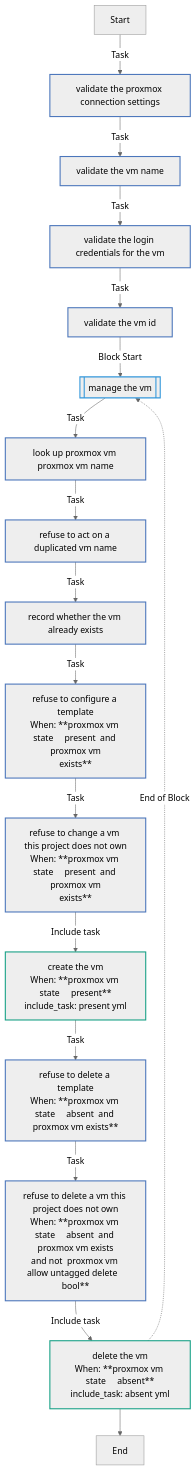
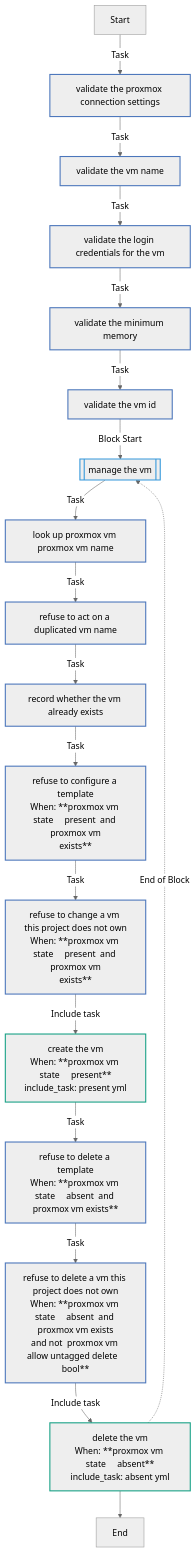
Before and after one commit to kawadeomkar/claude-on-proxmox: the first of 3 diagrams in docs/reference/roles/proxmox_vm.md, drawn with Mermaid (neutral theme). The commit also changed other lines of this file and 13 other files, not shown here.

````diff
--- a/docs/reference/roles/proxmox_vm.md
+++ b/docs/reference/roles/proxmox_vm.md
@@ -103,29 +105,30 @@
 ```mermaid
 flowchart TD
 Start
 classDef block stroke:#3498db,stroke-width:2px;
 classDef task stroke:#4b76bb,stroke-width:2px;
 classDef includeTasks stroke:#16a085,stroke-width:2px;
 classDef importTasks stroke:#34495e,stroke-width:2px;
 classDef includeRole stroke:#2980b9,stroke-width:2px;
 classDef importRole stroke:#699ba7,stroke-width:2px;
 classDef includeVars stroke:#8e44ad,stroke-width:2px;
 classDef rescue stroke:#665352,stroke-width:2px;
 
   Start-->|Task| Validate_the_Proxmox_connection_settings0[validate the proxmox connection settings]:::task
   Validate_the_Proxmox_connection_settings0-->|Task| Validate_the_VM_name1[validate the vm name]:::task
   Validate_the_VM_name1-->|Task| Validate_the_login_credentials_for_the_VM2[validate the login credentials for the vm]:::task
-  Validate_the_login_credentials_for_the_VM2-->|Task| Validate_the_VM_ID3[validate the vm id]:::task
-  Validate_the_VM_ID3-->|Block Start| Manage_the_VM4_block_start_0[[manage the vm]]:::block
-  Manage_the_VM4_block_start_0-->|Task| Look_up_Proxmox_VM_proxmox_vm_name0[look up proxmox vm proxmox vm name]:::task
+  Validate_the_login_credentials_for_the_VM2-->|Task| Validate_the_minimum_memory3[validate the minimum memory]:::task
+  Validate_the_minimum_memory3-->|Task| Validate_the_VM_ID4[validate the vm id]:::task
+  Validate_the_VM_ID4-->|Block Start| Manage_the_VM5_block_start_0[[manage the vm]]:::block
+  Manage_the_VM5_block_start_0-->|Task| Look_up_Proxmox_VM_proxmox_vm_name0[look up proxmox vm proxmox vm name]:::task
   Look_up_Proxmox_VM_proxmox_vm_name0-->|Task| Refuse_to_act_on_a_duplicated_VM_name1[refuse to act on a duplicated vm name]:::task
   Refuse_to_act_on_a_duplicated_VM_name1-->|Task| Record_whether_the_VM_already_exists2[record whether the vm already exists]:::task
   Record_whether_the_VM_already_exists2-->|Task| Refuse_to_configure_a_template3[refuse to configure a template<br>When: **proxmox vm state     present  and proxmox vm<br>exists**]:::task
   Refuse_to_configure_a_template3-->|Task| Refuse_to_change_a_VM_this_project_does_not_own4[refuse to change a vm this project does not own<br>When: **proxmox vm state     present  and proxmox vm<br>exists**]:::task
   Refuse_to_change_a_VM_this_project_does_not_own4-->|Include task| Create_the_VM_present_yml_5[create the vm<br>When: **proxmox vm state     present**<br>include_task: present yml]:::includeTasks
   Create_the_VM_present_yml_5-->|Task| Refuse_to_delete_a_template6[refuse to delete a template<br>When: **proxmox vm state     absent  and proxmox vm exists**]:::task
   Refuse_to_delete_a_template6-->|Task| Refuse_to_delete_a_VM_this_project_does_not_own7[refuse to delete a vm this project does not own<br>When: **proxmox vm state     absent  and proxmox vm exists<br>and not  proxmox vm allow untagged delete   bool**]:::task
   Refuse_to_delete_a_VM_this_project_does_not_own7-->|Include task| Delete_the_VM_absent_yml_8[delete the vm<br>When: **proxmox vm state     absent**<br>include_task: absent yml]:::includeTasks
-  Delete_the_VM_absent_yml_8-.->|End of Block| Manage_the_VM4_block_start_0
+  Delete_the_VM_absent_yml_8-.->|End of Block| Manage_the_VM5_block_start_0
   Delete_the_VM_absent_yml_8-->End
 ```
````
